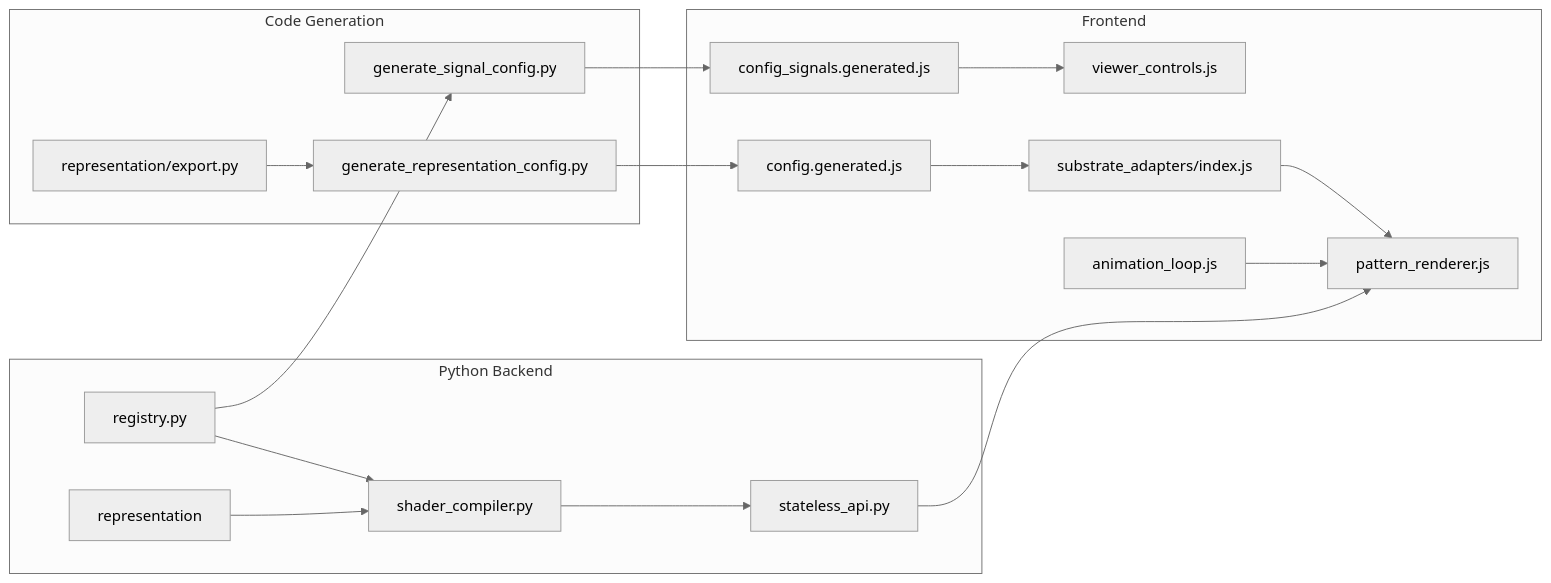
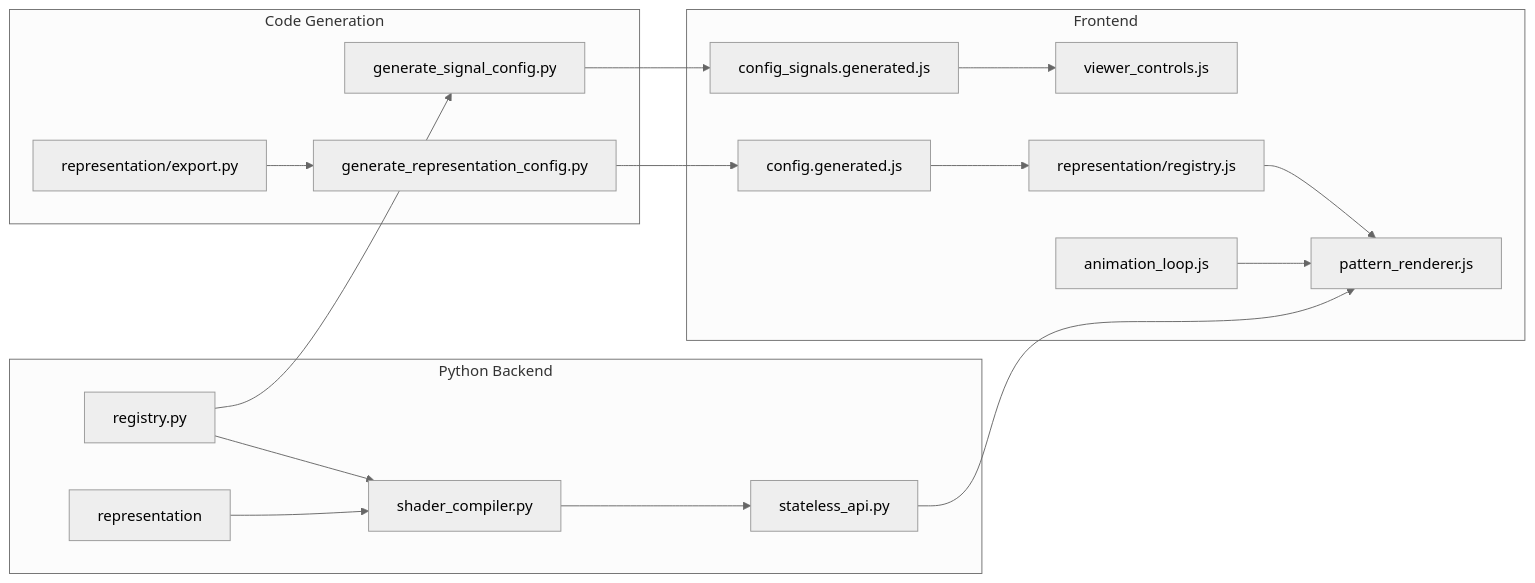
Before and after one commit to KeithPatarroyo/eyecatcher: the diagram in RESEARCHER_GUIDE.md, drawn with Mermaid (neutral theme). The commit also changed other lines of this file and 6 other files, not shown here.

````diff
--- a/RESEARCHER_GUIDE.md
+++ b/RESEARCHER_GUIDE.md
@@ -45,24 +51,24 @@
 ```mermaid
 flowchart LR
     subgraph python [Python Backend]
         Signals[registry.py] --> ShaderCompiler[shader_compiler.py]
         Rep[representation]
         Rep --> ShaderCompiler
         ShaderCompiler --> API[stateless_api.py]
     end
 
     subgraph codegen [Code Generation]
         Signals --> GenSignals[generate_signal_config.py]
         RepExport[representation/export.py] --> GenRep[generate_representation_config.py]
     end
 
     subgraph frontend [Frontend]
         GenSignals --> EvConfig[config_signals.generated.js]
         GenRep --> SubConfig[config.generated.js]
         EvConfig --> ViewerControls[viewer_controls.js]
-        SubConfig --> AdapterRegistry[substrate_adapters/index.js]
+        SubConfig --> AdapterRegistry[representation/registry.js]
         AdapterRegistry --> PatternRenderer[pattern_renderer.js]
         AnimLoop[animation_loop.js] --> PatternRenderer
         API --> PatternRenderer
     end
 ```
````
